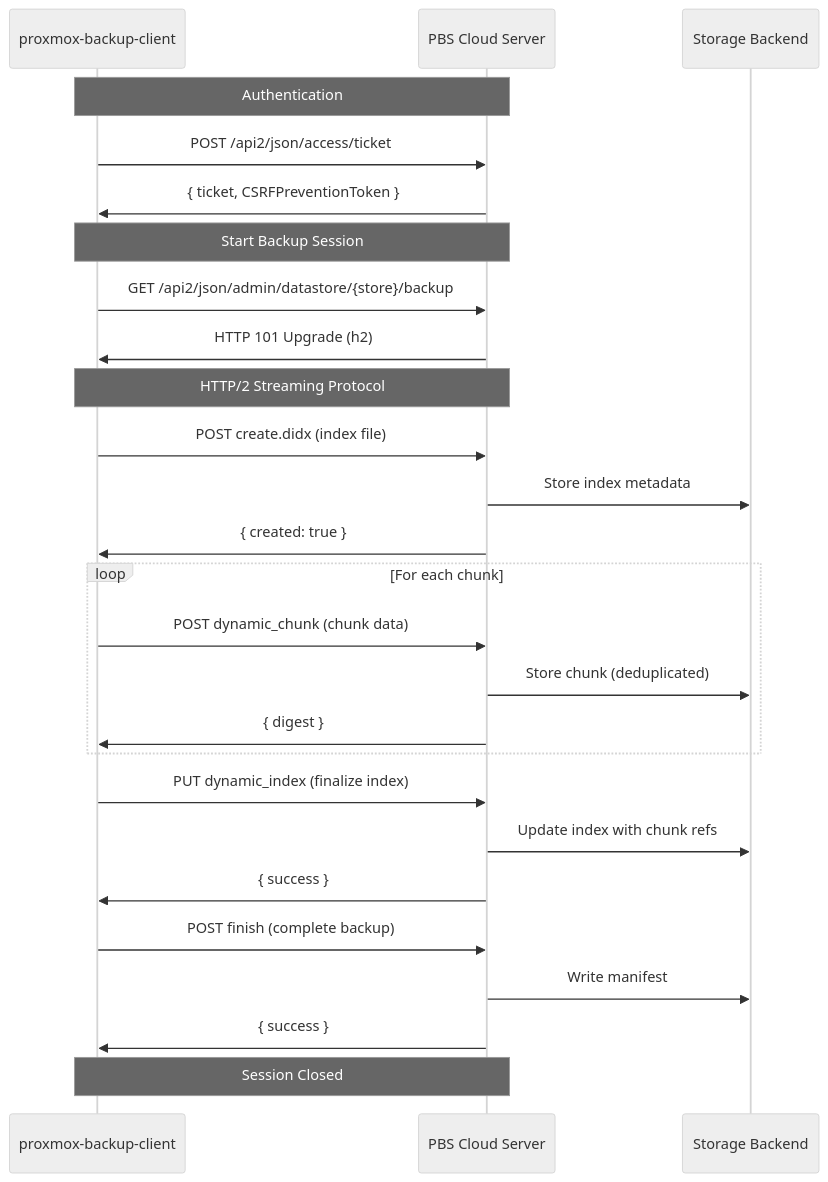
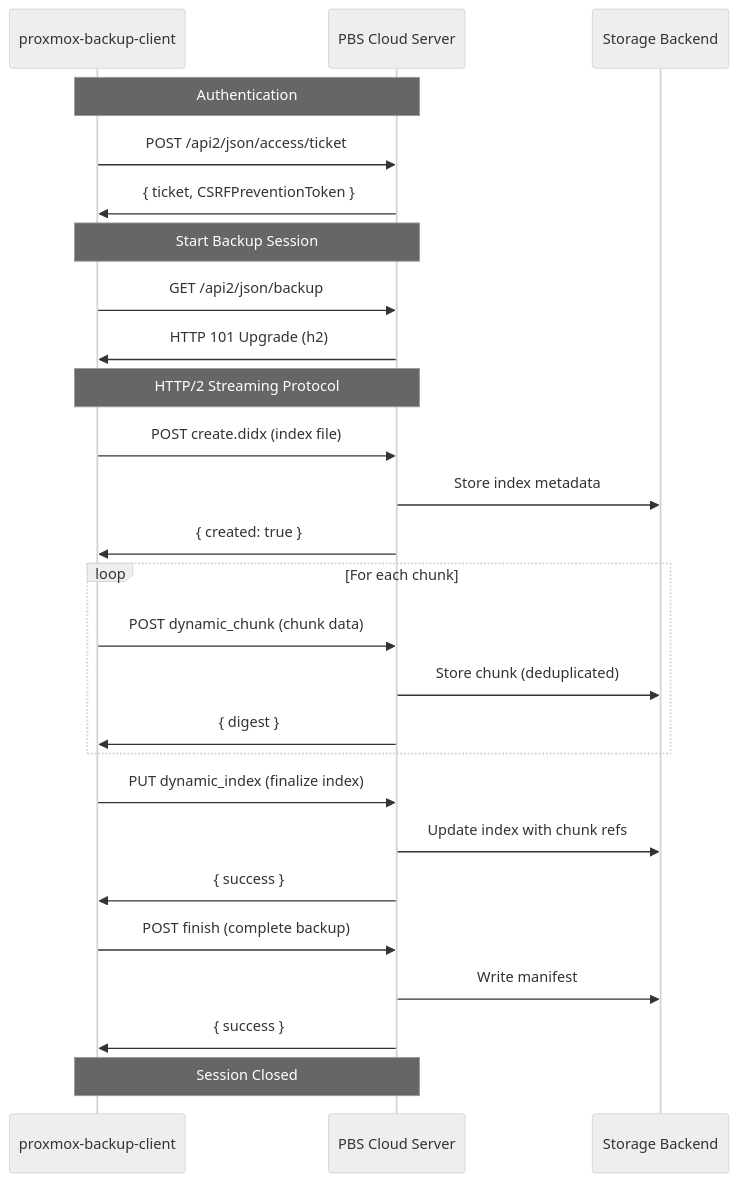
One commit to haasonsaas/pbs-cloud changed the third of 6 diagrams in README.md. Above: the diagram before and after it, drawn with Mermaid (neutral theme). The commit also changed other lines of this file and 12 other files, not shown here.

````diff
--- a/README.md
+++ b/README.md
@@ -137,35 +137,35 @@
 ```mermaid
 sequenceDiagram
     participant C as proxmox-backup-client
     participant S as PBS Cloud Server
     participant B as Storage Backend
 
     Note over C,S: Authentication
     C->>S: POST /api2/json/access/ticket
     S->>C: { ticket, CSRFPreventionToken }
 
     Note over C,S: Start Backup Session
-    C->>S: GET /api2/json/admin/datastore/{store}/backup
+    C->>S: GET /api2/json/backup
     S->>C: HTTP 101 Upgrade (h2)
 
     Note over C,S: HTTP/2 Streaming Protocol
     C->>S: POST create.didx (index file)
     S->>B: Store index metadata
     S->>C: { created: true }
 
     loop For each chunk
         C->>S: POST dynamic_chunk (chunk data)
         S->>B: Store chunk (deduplicated)
         S->>C: { digest }
     end
 
     C->>S: PUT dynamic_index (finalize index)
     S->>B: Update index with chunk refs
     S->>C: { success }
 
     C->>S: POST finish (complete backup)
     S->>B: Write manifest
     S->>C: { success }
 
     Note over C,S: Session Closed
 ```
````
